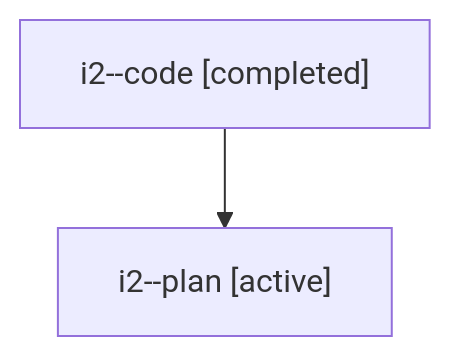
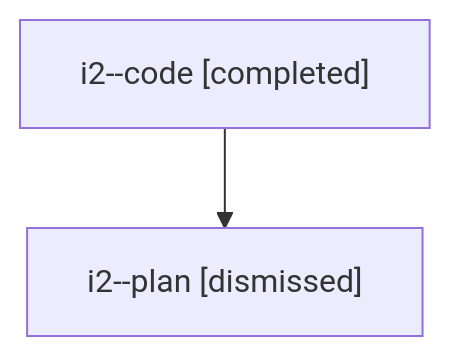
Before and after one commit to sase-org/sase--agents: the diagram in sessions/bbugyi200.athena.i2.md, drawn with Mermaid. The commit also changed other lines of this file and 34 other files, not shown here.

````diff
--- a/sessions/bbugyi200.athena.i2.md
+++ b/sessions/bbugyi200.athena.i2.md
@@ -9,6 +9,6 @@
 ```mermaid
 flowchart TD
   n0["i2--code [completed]"]
-  n1["i2--plan [active]"]
+  n1["i2--plan [dismissed]"]
   n0 --> n1
 ```
````
